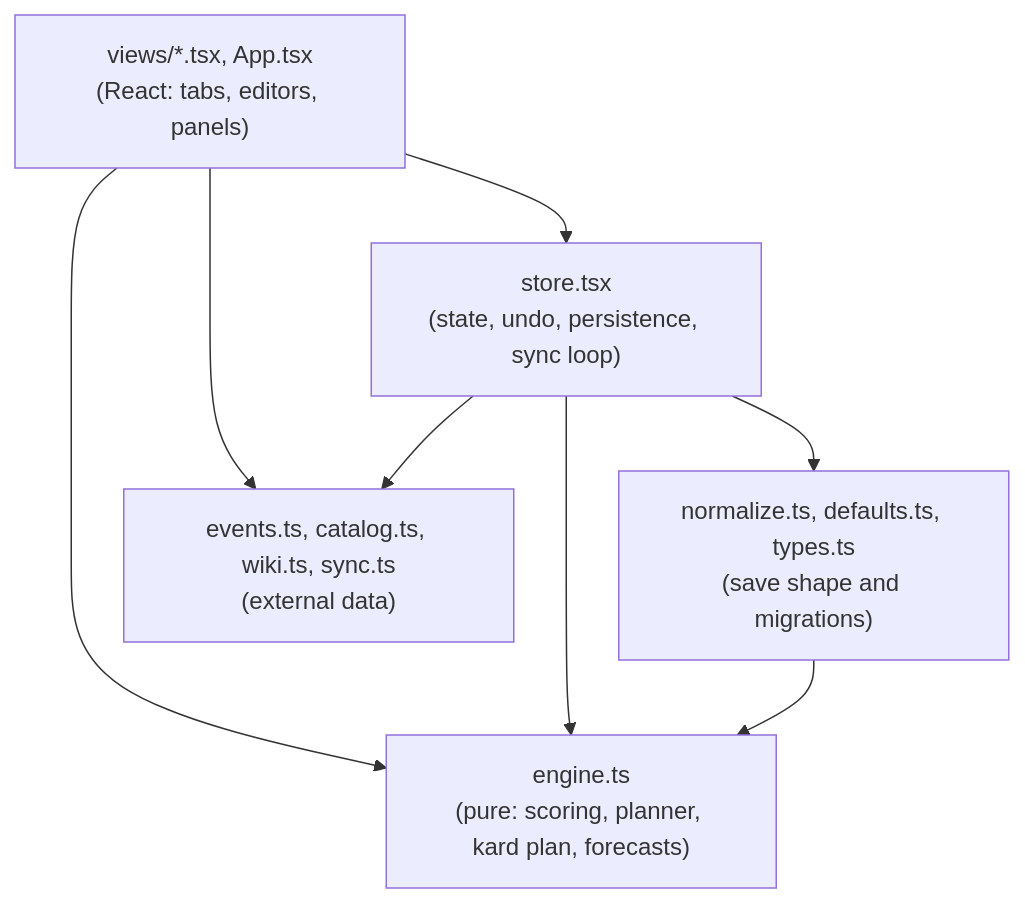
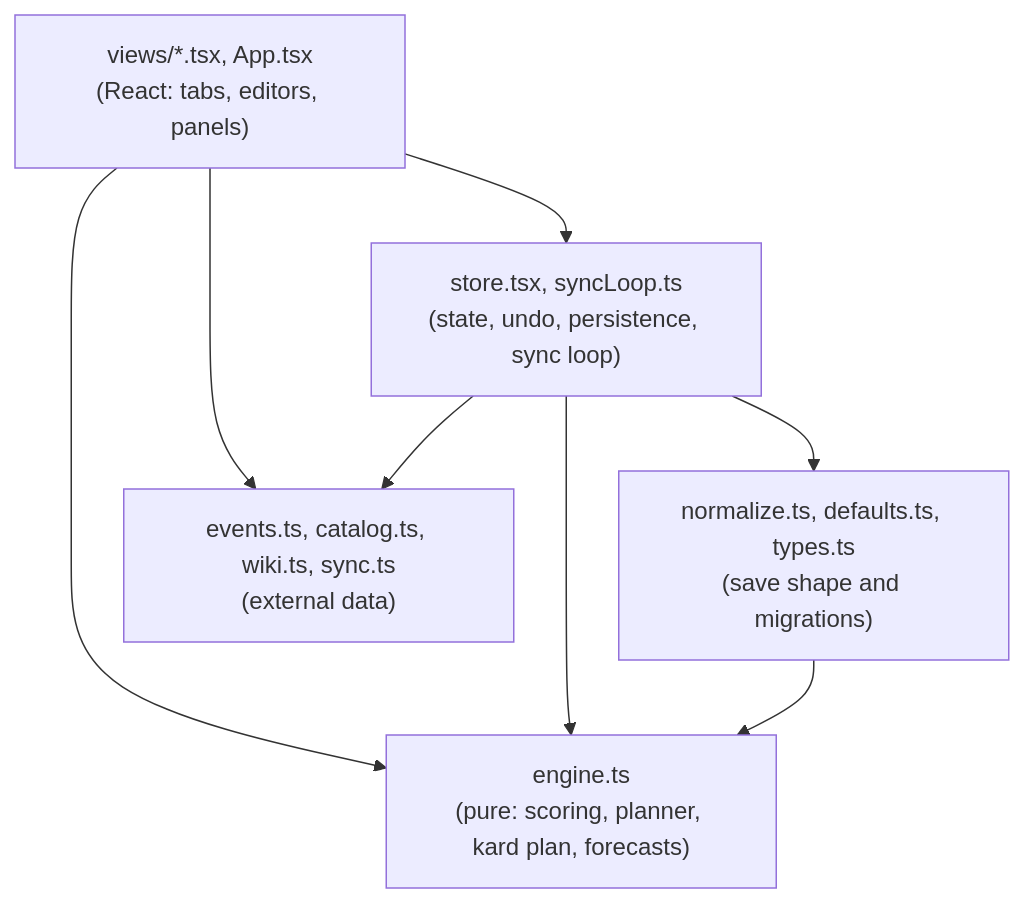
One commit to Simba3696/mkmax changed the second of 3 diagrams in docs/architecture.md. Above: the diagram before and after it, drawn with Mermaid. The commit also changed other lines of this file and 4 other files, not shown here.

Commit message:
refactor: move the sync loop out of the store into syncLoop.ts and test it with two devices against a fake gist, including edits and disconnects while a request is out

````diff
--- a/docs/architecture.md
+++ b/docs/architecture.md
@@ -31,15 +31,15 @@
 ```mermaid
 flowchart TB
   Views["views/*.tsx, App.tsx<br/>(React: tabs, editors, panels)"]
-  Store["store.tsx<br/>(state, undo, persistence, sync loop)"]
+  Store["store.tsx, syncLoop.ts<br/>(state, undo, persistence, sync loop)"]
   Engine["engine.ts<br/>(pure: scoring, planner, kard plan, forecasts)"]
   Data["normalize.ts, defaults.ts, types.ts<br/>(save shape and migrations)"]
   Ext["events.ts, catalog.ts, wiki.ts, sync.ts<br/>(external data)"]
   Views --> Store
   Views --> Engine
   Views --> Ext
   Store --> Data
   Store --> Engine
   Store --> Ext
   Data --> Engine
 ```
````
